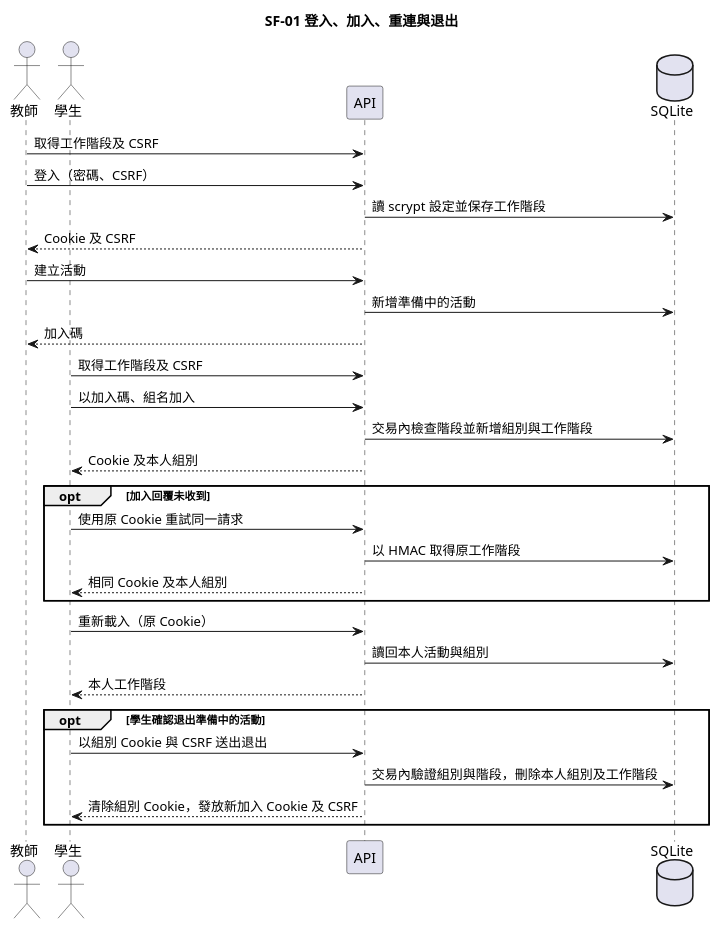
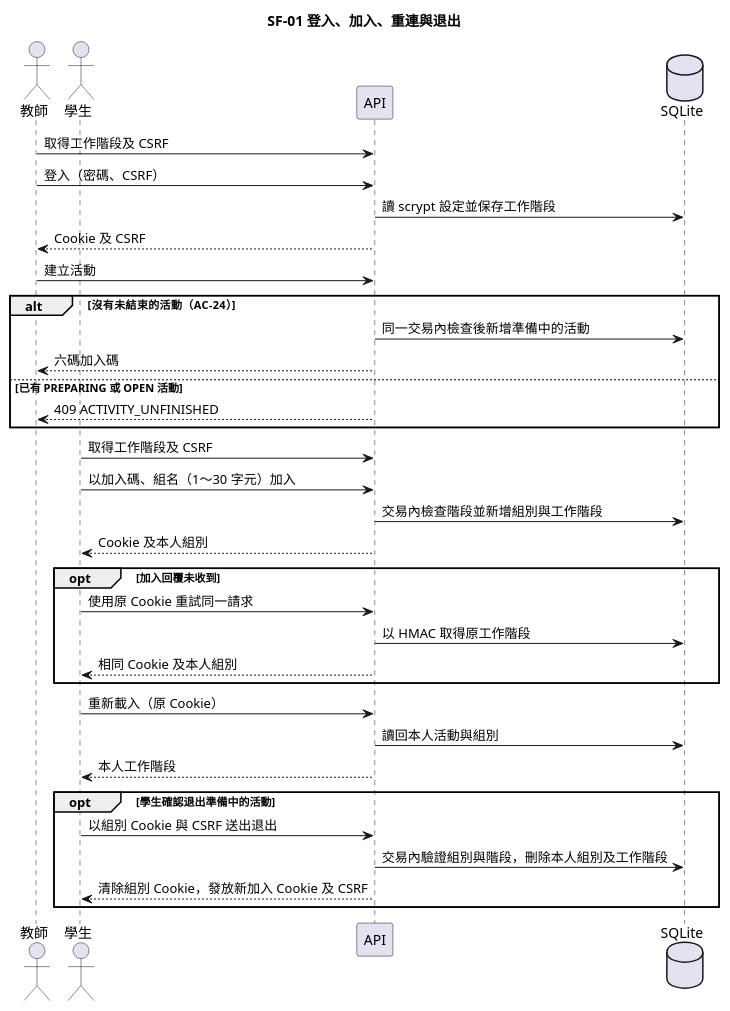
Before and after one commit to tom1030507/classroom-buzzer-system-speckit: the diagram in diagrams/001-activity-groups-sequence.puml, drawn with PlantUML. The commit also changed 8 other files, not shown here.

Commit message:
docs(diagrams): show the AC-24 limits in SF-01 and system diagrams

```diff
--- a/diagrams/001-activity-groups-sequence.puml
+++ b/diagrams/001-activity-groups-sequence.puml
@@ -1,32 +1,36 @@
 @startuml
 skinparam shadowing false
 title SF-01 登入、加入、重連與退出
 actor 教師
 actor 學生
 participant API
 database SQLite
 教師 -> API : 取得工作階段及 CSRF
 教師 -> API : 登入（密碼、CSRF）
 API -> SQLite : 讀 scrypt 設定並保存工作階段
 API --> 教師 : Cookie 及 CSRF
 教師 -> API : 建立活動
-API -> SQLite : 新增準備中的活動
-API --> 教師 : 加入碼
+alt 沒有未結束的活動（AC-24）
+API -> SQLite : 同一交易內檢查後新增準備中的活動
+API --> 教師 : 六碼加入碼
+else 已有 PREPARING 或 OPEN 活動
+API --> 教師 : 409 ACTIVITY_UNFINISHED
+end
 學生 -> API : 取得工作階段及 CSRF
-學生 -> API : 以加入碼、組名加入
+學生 -> API : 以加入碼、組名（1～30 字元）加入
 API -> SQLite : 交易內檢查階段並新增組別與工作階段
 API --> 學生 : Cookie 及本人組別
 opt 加入回覆未收到
 學生 -> API : 使用原 Cookie 重試同一請求
 API -> SQLite : 以 HMAC 取得原工作階段
 API --> 學生 : 相同 Cookie 及本人組別
 end
 學生 -> API : 重新載入（原 Cookie）
 API -> SQLite : 讀回本人活動與組別
 API --> 學生 : 本人工作階段
 opt 學生確認退出準備中的活動
 學生 -> API : 以組別 Cookie 與 CSRF 送出退出
 API -> SQLite : 交易內驗證組別與階段，刪除本人組別及工作階段
 API --> 學生 : 清除組別 Cookie，發放新加入 Cookie 及 CSRF
 end
 @enduml
```
